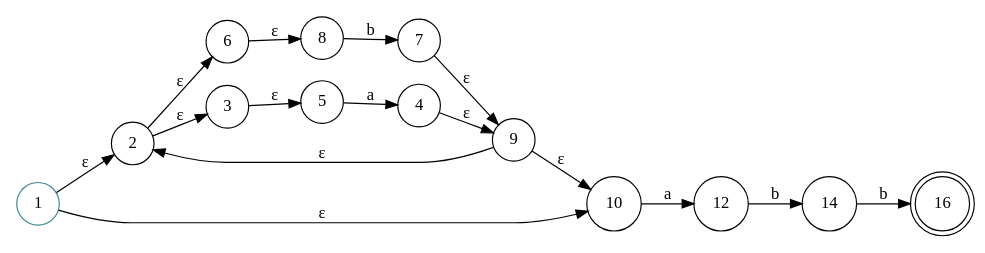
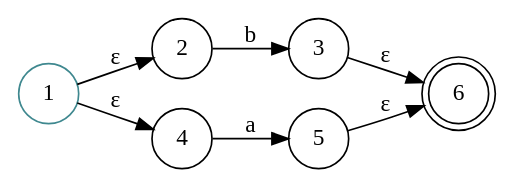
The diagram in Entrega final/NFA_Actual.gv (josepablito16/Regex-Engine), drawn with Graphviz before and after one commit. The commit also changed 6 other files, not shown here.

```diff
--- a/Entrega final/NFA_Actual.gv
+++ b/Entrega final/NFA_Actual.gv
@@ -1,22 +1,13 @@
 digraph finite_state_machine {
 	rankdir=LR size="8,5"
 	node [shape=doublecircle]
-	16
+	6
 	node [shape=circle]
 	1 [color="#3F888F"]
 	1 -> 2 [label="ε"]
-	1 -> 10 [label="ε"]
-	2 -> 6 [label="ε"]
-	2 -> 3 [label="ε"]
-	3 -> 5 [label="ε"]
-	4 -> 9 [label="ε"]
-	5 -> 4 [label=a]
-	6 -> 8 [label="ε"]
-	7 -> 9 [label="ε"]
-	8 -> 7 [label=b]
-	9 -> 2 [label="ε"]
-	9 -> 10 [label="ε"]
-	10 -> 12 [label=a]
-	12 -> 14 [label=b]
-	14 -> 16 [label=b]
+	1 -> 4 [label="ε"]
+	4 -> 5 [label=a]
+	5 -> 6 [label="ε"]
+	2 -> 3 [label=b]
+	3 -> 6 [label="ε"]
 }
```
